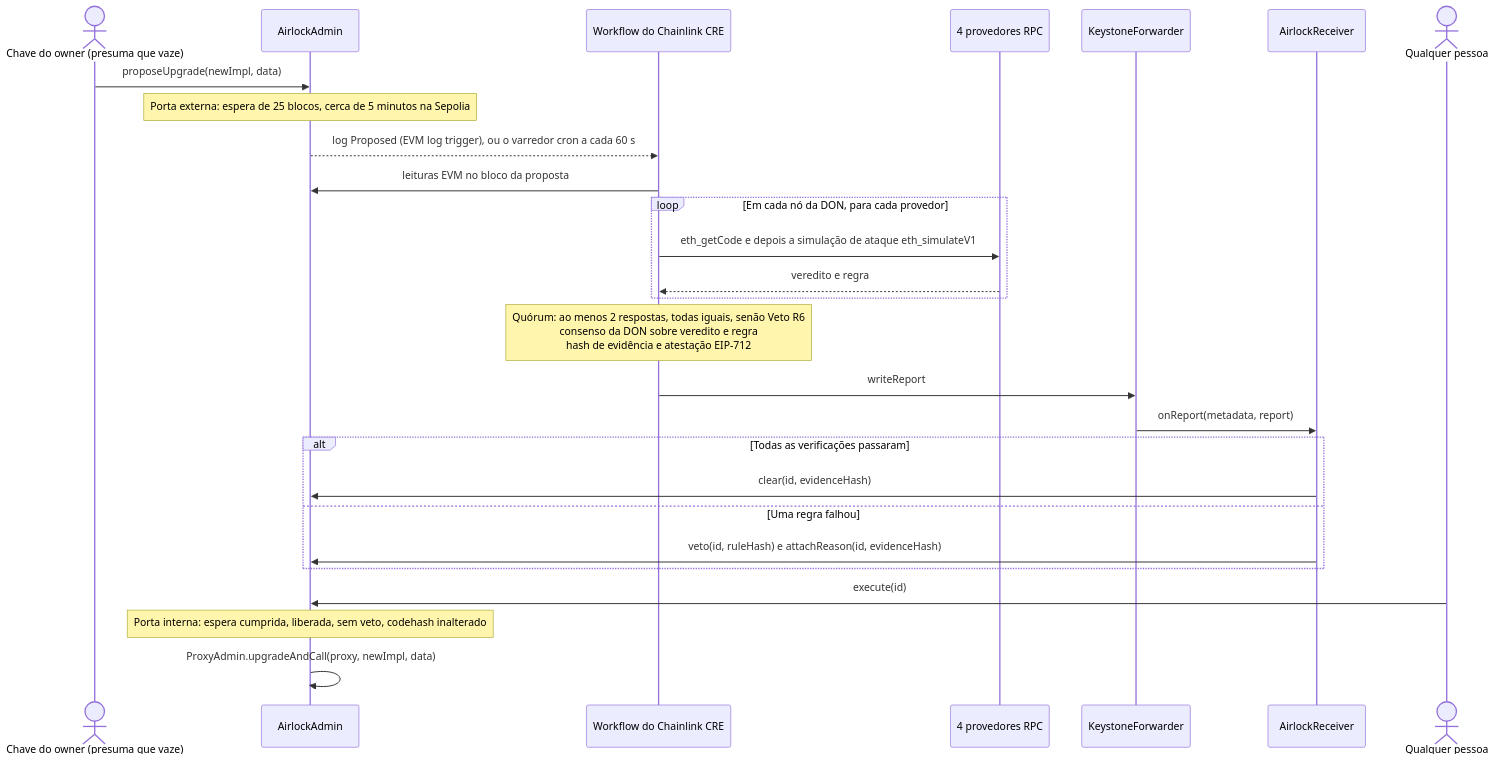
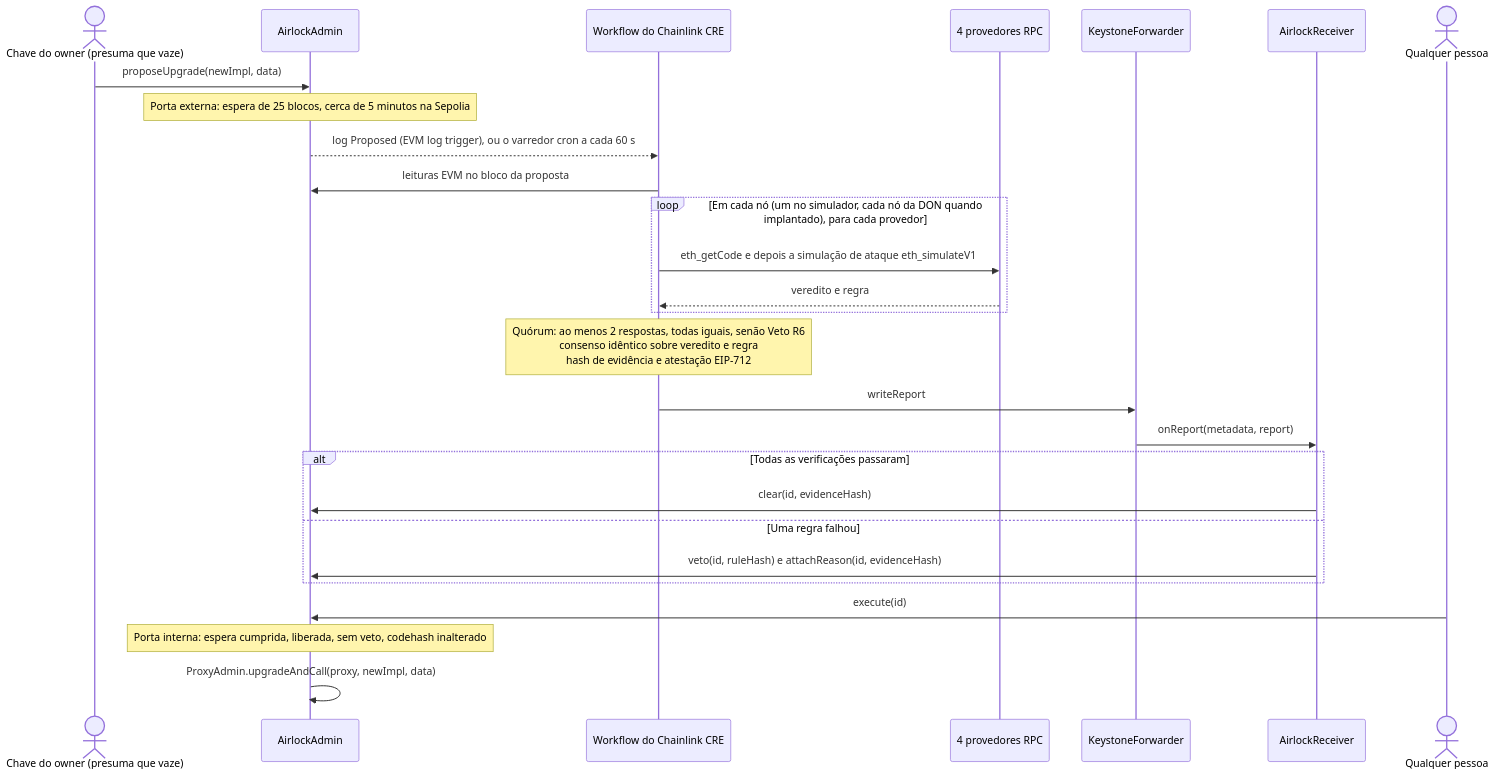
Before and after one commit to tedinroc/upgrade-airlock: the diagram in README.pt-BR.md, drawn with Mermaid. The commit also changed other lines of this file and 37 other files, not shown here.

````diff
--- a/README.pt-BR.md
+++ b/README.pt-BR.md
@@ -84,30 +99,30 @@
 ```mermaid
 sequenceDiagram
     actor Owner as Chave do owner (presuma que vaze)
     participant Admin as AirlockAdmin
     participant CRE as Workflow do Chainlink CRE
     participant RPC as 4 provedores RPC
     participant Fwd as KeystoneForwarder
     participant Recv as AirlockReceiver
     actor Anyone as Qualquer pessoa
 
     Owner->>Admin: proposeUpgrade(newImpl, data)
     Note over Admin: Porta externa: espera de 25 blocos, cerca de 5 minutos na Sepolia
     Admin-->>CRE: log Proposed (EVM log trigger), ou o varredor cron a cada 60 s
     CRE->>Admin: leituras EVM no bloco da proposta
-    loop Em cada nó da DON, para cada provedor
+    loop Em cada nó (um no simulador, cada nó da DON quando implantado), para cada provedor
         CRE->>RPC: eth_getCode e depois a simulação de ataque eth_simulateV1
         RPC-->>CRE: veredito e regra
     end
-    Note over CRE: Quórum: ao menos 2 respostas, todas iguais, senão Veto R6<br/>consenso da DON sobre veredito e regra<br/>hash de evidência e atestação EIP-712
+    Note over CRE: Quórum: ao menos 2 respostas, todas iguais, senão Veto R6<br/>consenso idêntico sobre veredito e regra<br/>hash de evidência e atestação EIP-712
     CRE->>Fwd: writeReport
     Fwd->>Recv: onReport(metadata, report)
     alt Todas as verificações passaram
         Recv->>Admin: clear(id, evidenceHash)
     else Uma regra falhou
         Recv->>Admin: veto(id, ruleHash) e attachReason(id, evidenceHash)
     end
     Anyone->>Admin: execute(id)
     Note over Admin: Porta interna: espera cumprida, liberada, sem veto, codehash inalterado
     Admin->>Admin: ProxyAdmin.upgradeAndCall(proxy, newImpl, data)
 ```
````
